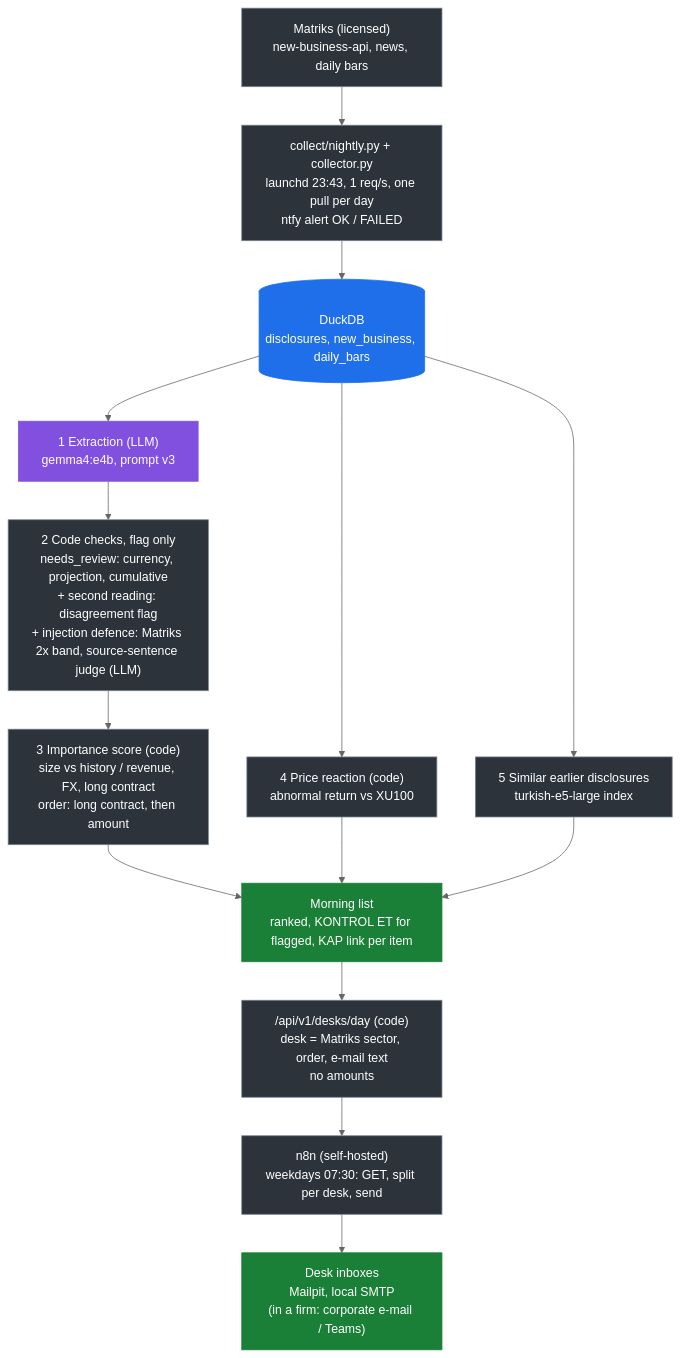
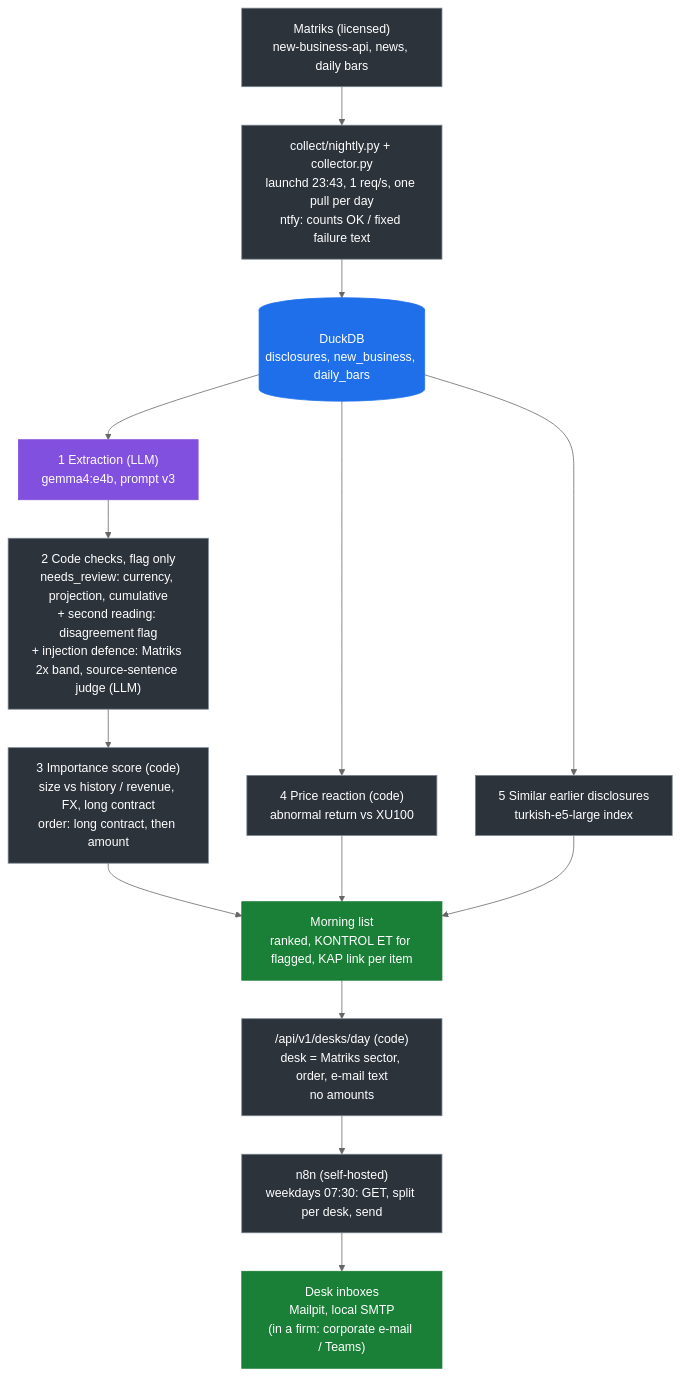
The first of 3 diagrams in docs/architecture.md (sfeyzayildiz/kap-triage), drawn with Mermaid (neutral theme) before and after one commit. The commit also changed other lines of this file and 2 other files, not shown here.

Commit message:
Align alert documentation with fixed failure notices
Document that phone alerts use fixed failure text and keep detailed errors in the local log. Update the README and architecture diagrams alongside the system card.

````diff
--- a/docs/architecture.md
+++ b/docs/architecture.md
@@ -25,28 +25,28 @@
 ```mermaid
 flowchart TD
     classDef store fill:#1f6feb,stroke:#1f6feb,color:#ffffff
     classDef llm fill:#8250df,stroke:#8250df,color:#ffffff
     classDef code fill:#2d333b,stroke:#768390,color:#ffffff
     classDef out fill:#1a7f37,stroke:#1a7f37,color:#ffffff
 
     SRC["Matriks (licensed)<br/>new-business-api, news, daily bars"]:::code
-    COL["collect/nightly.py + collector.py<br/>launchd 23:43, 1 req/s, one pull per day<br/>ntfy alert OK / FAILED"]:::code
+    COL["collect/nightly.py + collector.py<br/>launchd 23:43, 1 req/s, one pull per day<br/>ntfy: counts OK / fixed failure text"]:::code
     DB[("DuckDB<br/>disclosures, new_business, daily_bars")]:::store
 
     LLM["1 Extraction (LLM)<br/>gemma4:e4b, prompt v3"]:::llm
     CHK["2 Code checks, flag only<br/>needs_review: currency, projection, cumulative<br/>+ second reading: disagreement flag<br/>+ injection defence: Matriks 2x band, source-sentence judge (LLM)"]:::code
     IMP["3 Importance score (code)<br/>size vs history / revenue, FX, long contract<br/>order: long contract, then amount"]:::code
     PM["4 Price reaction (code)<br/>abnormal return vs XU100"]:::code
     IDX["5 Similar earlier disclosures<br/>turkish-e5-large index"]:::code
 
     MORN["Morning list<br/>ranked, KONTROL ET for flagged, KAP link per item"]:::out
     API["/api/v1/desks/day (code)<br/>desk = Matriks sector, order, e-mail text<br/>no amounts"]:::code
     N8N["n8n (self-hosted)<br/>weekdays 07:30: GET, split per desk, send"]:::code
     MAIL["Desk inboxes<br/>Mailpit, local SMTP<br/>(in a firm: corporate e-mail / Teams)"]:::out
 
     SRC --> COL --> DB
     DB --> LLM --> CHK --> IMP --> MORN
     DB --> PM --> MORN
     DB --> IDX --> MORN
     MORN --> API --> N8N --> MAIL
 ```
````
